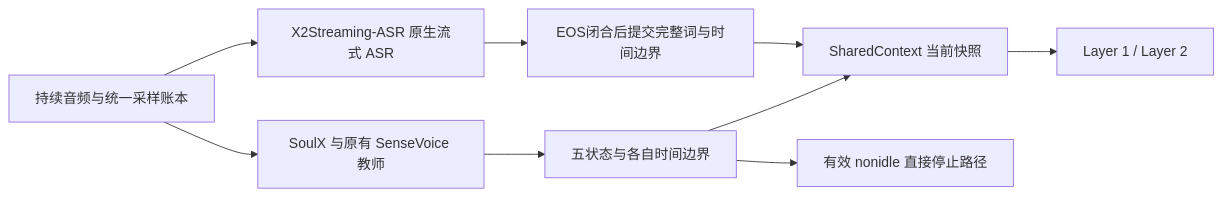
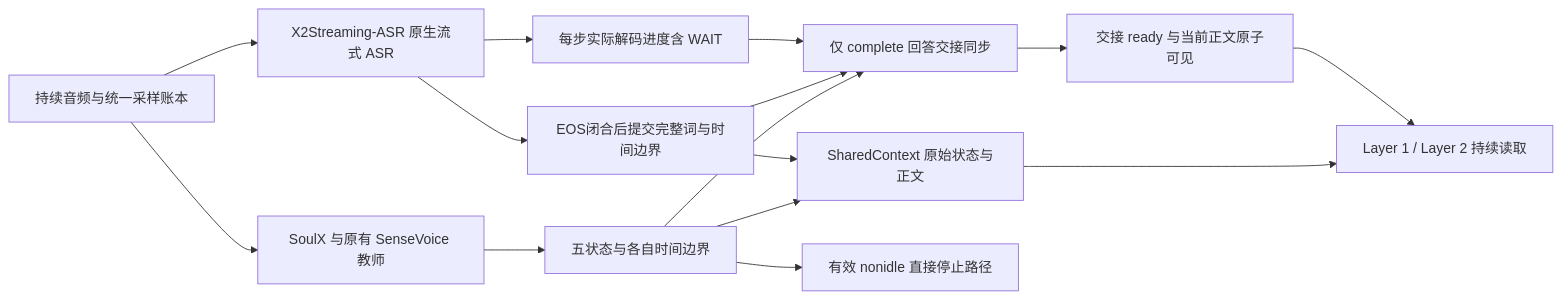
One commit to Vitalrubbish/InterClarify changed the diagram in docs/dev/SoulX-Duplug/independent_streaming_frontend.md. Above: the diagram before and after it, drawn with Mermaid. The commit also changed other lines of this file and 14 other files, not shown here.

````diff
--- a/docs/dev/SoulX-Duplug/independent_streaming_frontend.md
+++ b/docs/dev/SoulX-Duplug/independent_streaming_frontend.md
@@ -15,11 +15,17 @@
 ```mermaid
 flowchart LR
     A[持续音频与统一采样账本] --> B[SoulX 与原有 SenseVoice 教师]
     A --> C[X2Streaming-ASR 原生流式 ASR]
     B --> D[五状态与各自时间边界]
     C --> E[EOS闭合后提交完整词与时间边界]
-    D --> F[SharedContext 当前快照]
+    D --> F[SharedContext 原始状态与正文]
     E --> F
-    F --> G[Layer 1 / Layer 2]
+    D --> I[仅 complete 回答交接同步]
+    E --> I
+    C --> J[每步实际解码进度含 WAIT]
+    J --> I
+    I --> K[交接 ready 与当前正文原子可见]
+    F --> G[Layer 1 / Layer 2 持续读取]
+    K --> G
     D --> H[有效 nonidle 直接停止路径]
 ```
````
